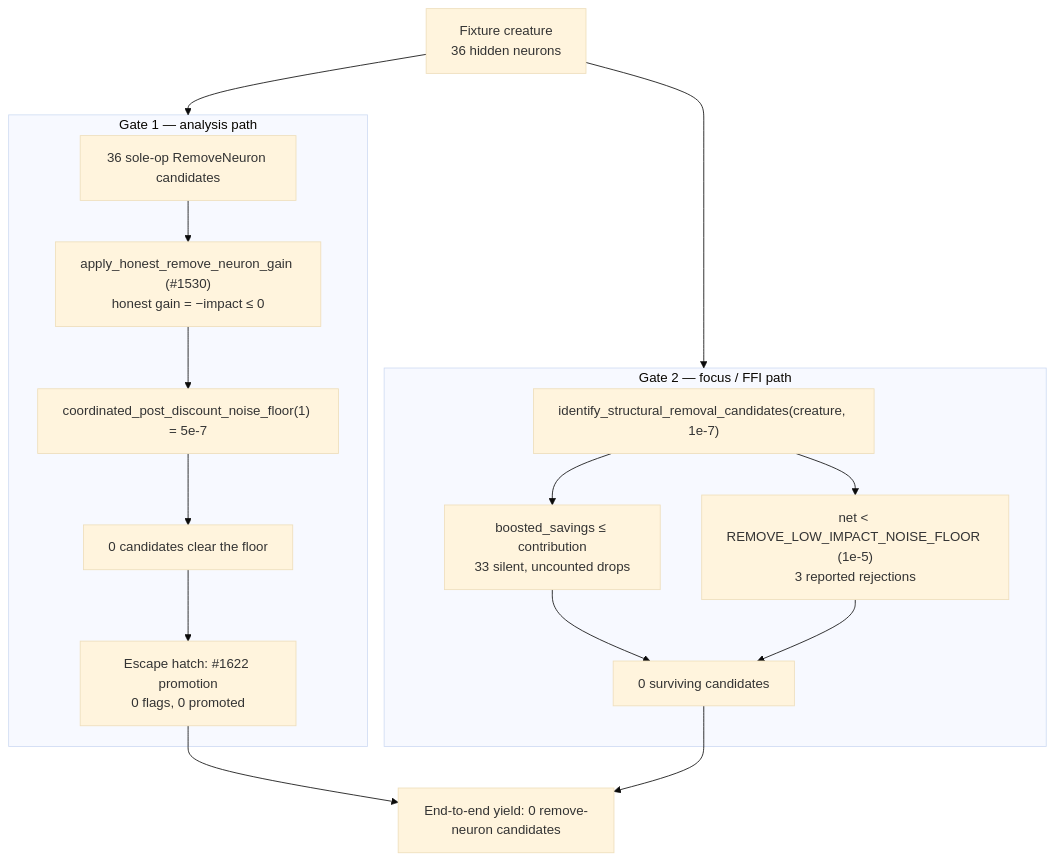
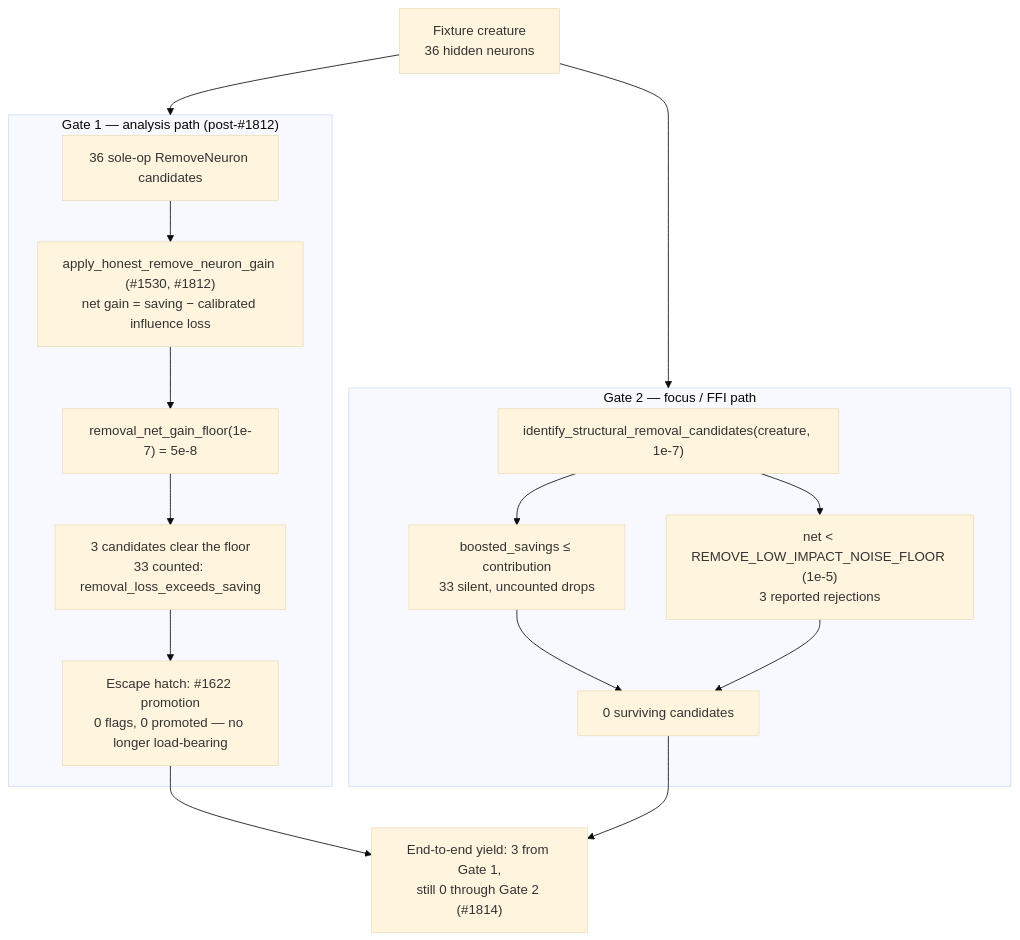
The diagram in docs/analysis/remove-neuron-reachability-1785.md (stSoftwareAU/NEAT-AI-Discovery), drawn with Mermaid (base theme) before and after one commit. The commit also changed other lines of this file and 15 other files, not shown here.

````diff
--- a/docs/analysis/remove-neuron-reachability-1785.md
+++ b/docs/analysis/remove-neuron-reachability-1785.md
@@ -36,19 +36,19 @@
 ```mermaid
 flowchart TD
     C["Fixture creature<br/>36 hidden neurons"] --> G1
     C --> G2
-    subgraph G1["Gate 1 — analysis path"]
-        A1["36 sole-op RemoveNeuron candidates"] --> A2["apply_honest_remove_neuron_gain (#1530)<br/>honest gain = −impact ≤ 0"]
-        A2 --> A3["coordinated_post_discount_noise_floor(1) = 5e-7"]
-        A3 --> A4["0 candidates clear the floor"]
-        A4 --> A5["Escape hatch: #1622 promotion<br/>0 flags, 0 promoted"]
+    subgraph G1["Gate 1 — analysis path (post-#1812)"]
+        A1["36 sole-op RemoveNeuron candidates"] --> A2["apply_honest_remove_neuron_gain (#1530, #1812)<br/>net gain = saving − calibrated influence loss"]
+        A2 --> A3["removal_net_gain_floor(1e-7) = 5e-8"]
+        A3 --> A4["3 candidates clear the floor<br/>33 counted: removal_loss_exceeds_saving"]
+        A4 --> A5["Escape hatch: #1622 promotion<br/>0 flags, 0 promoted — no longer load-bearing"]
     end
     subgraph G2["Gate 2 — focus / FFI path"]
         B1["identify_structural_removal_candidates(creature, 1e-7)"] --> B2["boosted_savings ≤ contribution<br/>33 silent, uncounted drops"]
         B1 --> B3["net &lt; REMOVE_LOW_IMPACT_NOISE_FLOOR (1e-5)<br/>3 reported rejections"]
         B2 --> B4["0 surviving candidates"]
         B3 --> B4
     end
-    A5 --> Z["End-to-end yield: 0 remove-neuron candidates"]
+    A5 --> Z["End-to-end yield: 3 from Gate 1,<br/>still 0 through Gate 2 (#1814)"]
     B4 --> Z
 ```
````
